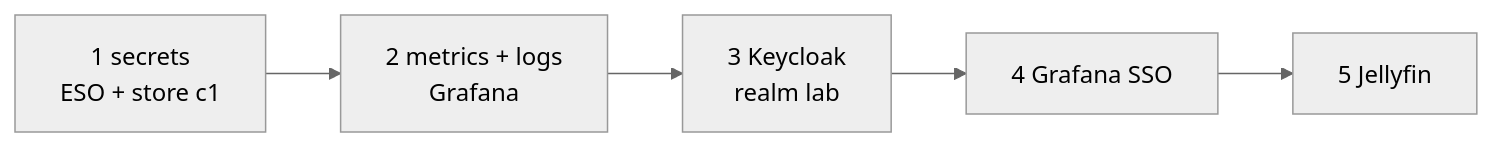
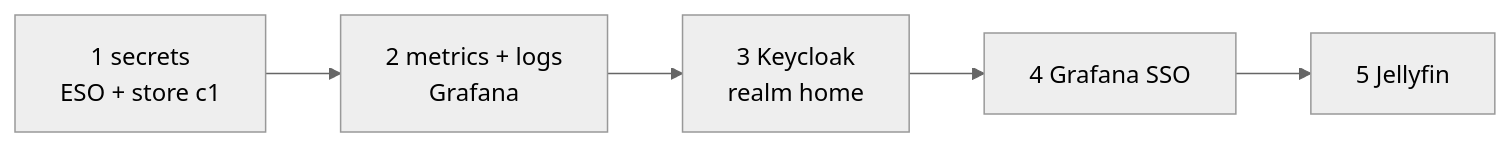
The diagram in docs/runbooks/install-c1-add-ons-with-ansible.md (jonhill90/central-hub), drawn with Mermaid (neutral theme) before and after one commit. The commit also changed other lines of this file and 28 other files, not shown here.

First line of the commit message:
feat: rename the Keycloak realm lab to home, with its groups and sign-in name

````diff
--- a/docs/runbooks/install-c1-add-ons-with-ansible.md
+++ b/docs/runbooks/install-c1-add-ons-with-ansible.md
@@ -21,4 +21,4 @@
 ```mermaid
 flowchart LR
-  s["1 secrets<br/>ESO + store c1"] --> o["2 metrics + logs<br/>Grafana"] --> i["3 Keycloak<br/>realm lab"] --> g["4 Grafana SSO"] --> j["5 Jellyfin"]
+  s["1 secrets<br/>ESO + store c1"] --> o["2 metrics + logs<br/>Grafana"] --> i["3 Keycloak<br/>realm home"] --> g["4 Grafana SSO"] --> j["5 Jellyfin"]
 ```
````
